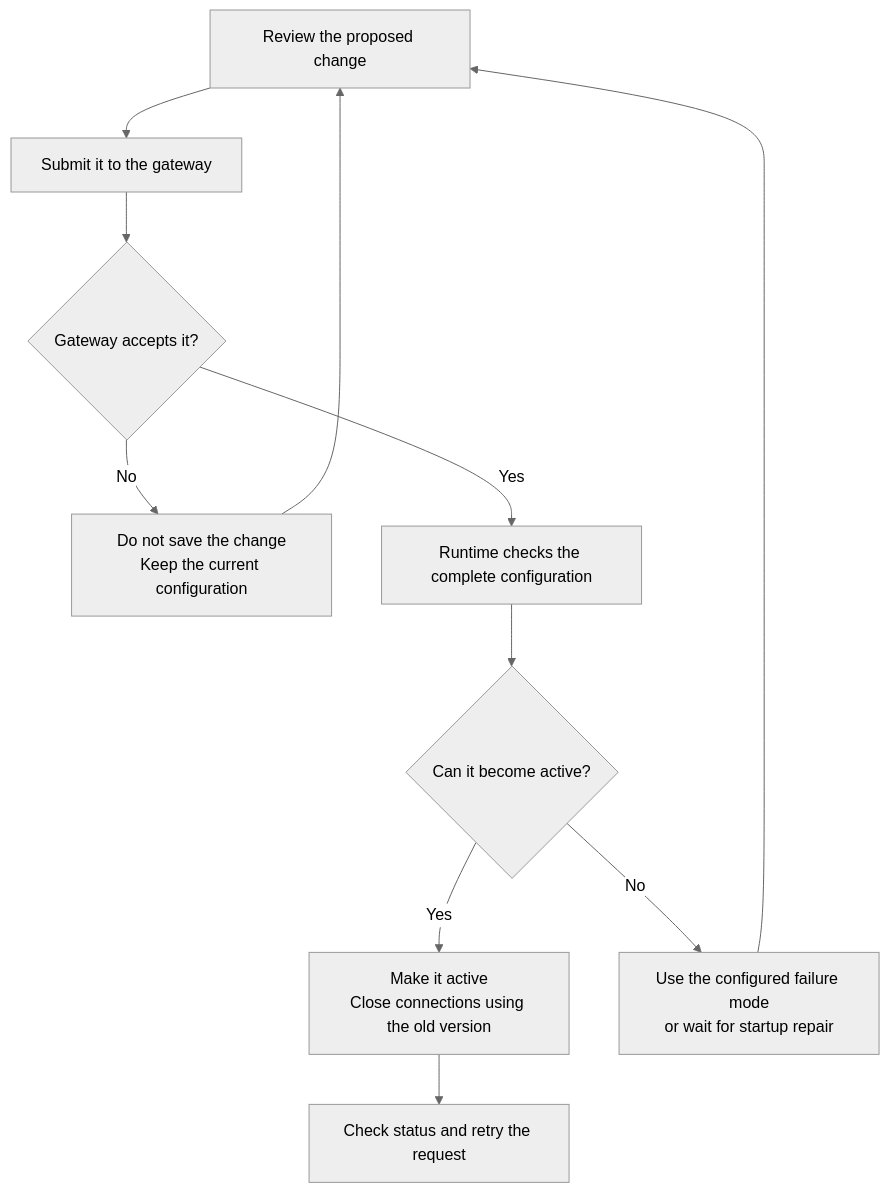
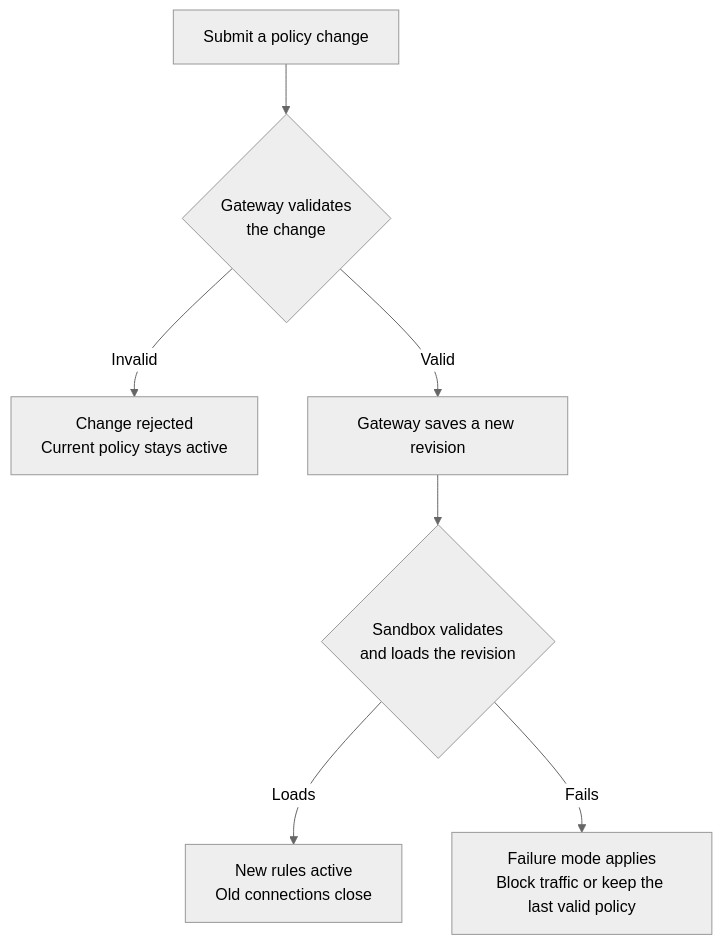
One commit to NVIDIA/OpenShell changed the diagram in docs/how-it-works/policies/overview.mdx. Above: the diagram before and after it, drawn with Mermaid (neutral theme). The commit also changed other lines of this file and 7 other files, not shown here.

Commit message:
docs(policy): keep overview high level and move network rules to their own page

````diff
--- a/docs/how-it-works/policies/overview.mdx
+++ b/docs/how-it-works/policies/overview.mdx
@@ -264,13 +105,9 @@
 ```mermaid
 flowchart TD
-    A["Review the proposed change"] --> B["Submit it to the gateway"]
-    B --> C{"Gateway accepts it?"}
-    C -->|No| D["Do not save the change<br/>Keep the current configuration"]
-    C -->|Yes| E["Runtime checks the complete configuration"]
-    E --> F{"Can it become active?"}
-    F -->|Yes| G["Make it active<br/>Close connections using the old version"]
-    F -->|No| H["Use the configured failure mode<br/>or wait for startup repair"]
-    G --> I["Check status and retry the request"]
-    D --> A
-    H --> A
+    A["Submit a policy change"] --> B{"Gateway validates<br/>the change"}
+    B -->|Invalid| C["Change rejected<br/>Current policy stays active"]
+    B -->|Valid| D["Gateway saves a new revision"]
+    D --> E{"Sandbox validates<br/>and loads the revision"}
+    E -->|Loads| F["New rules active<br/>Old connections close"]
+    E -->|Fails| G["Failure mode applies<br/>Block traffic or keep the last valid policy"]
 ```
````
